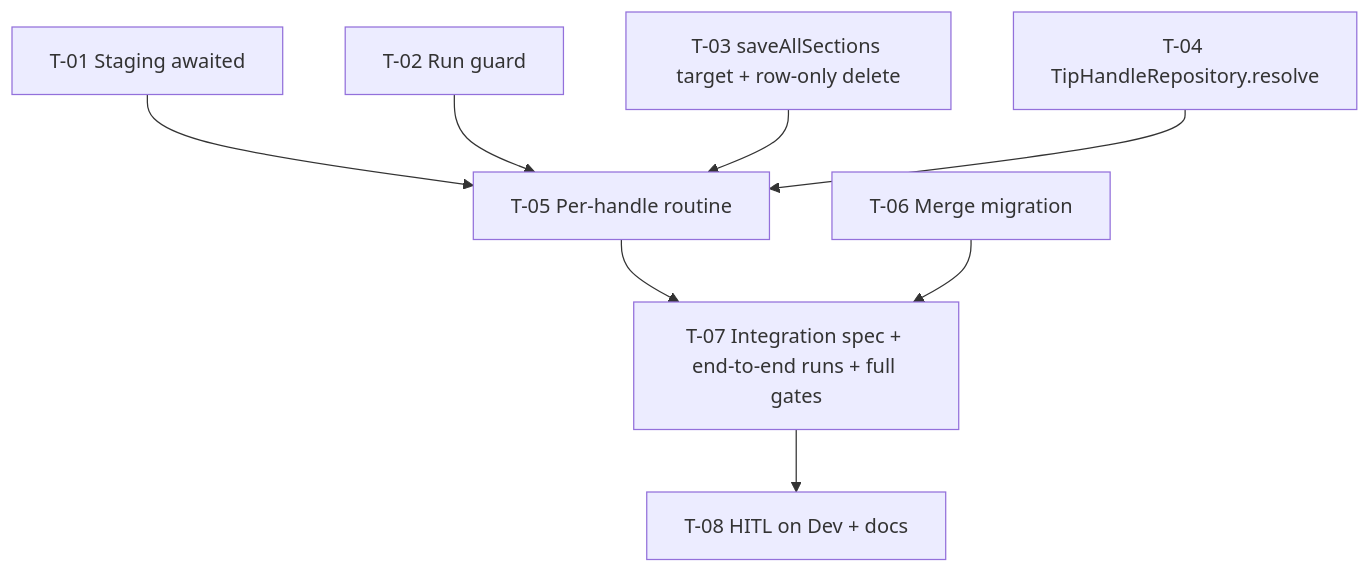
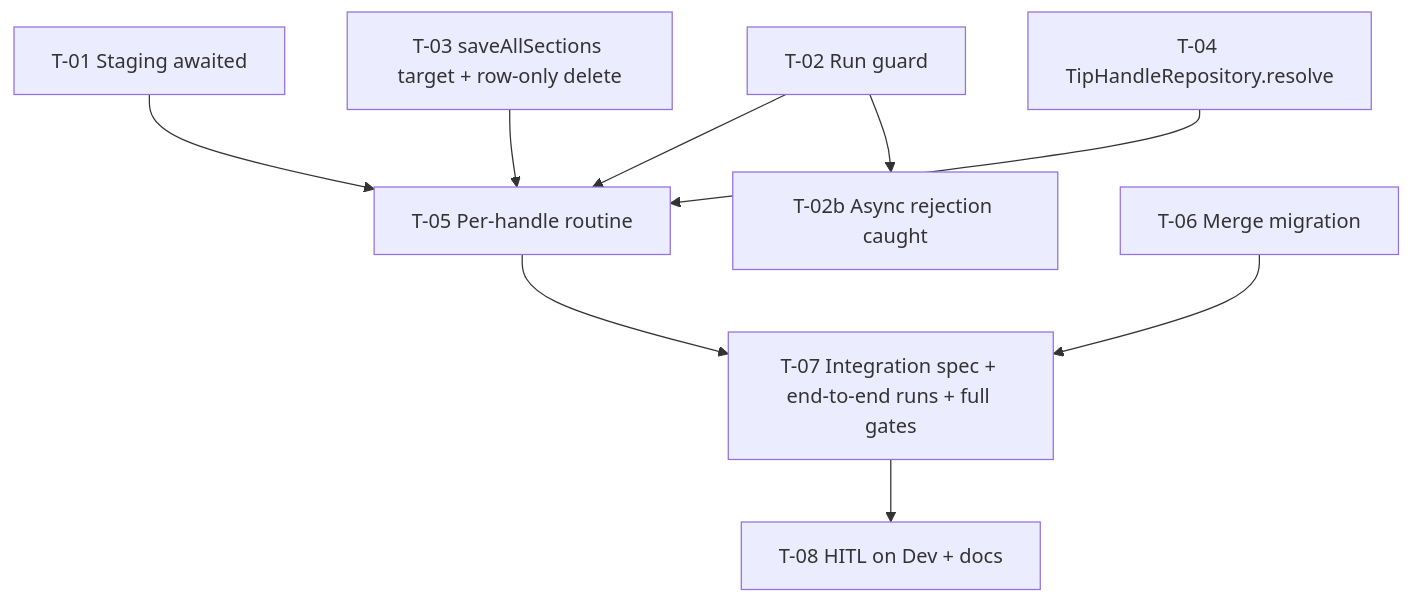
Before and after one commit to AllianceBioversityCIAT/alliance-research-indicators-main: the diagram in docs/specs/changes/tip-prms-phase-2/tip-versioning/tasks.md, drawn with Mermaid. The commit also changed other lines of this file and 3 other files, not shown here.

````diff
--- a/docs/specs/changes/tip-prms-phase-2/tip-versioning/tasks.md
+++ b/docs/specs/changes/tip-prms-phase-2/tip-versioning/tasks.md
@@ -19,10 +19,11 @@
 ```mermaid
 graph TD
   T-01[T-01 Staging awaited] --> T-05
   T-02[T-02 Run guard] --> T-05
+  T-02 --> T-02b[T-02b Async rejection caught]
   T-03[T-03 saveAllSections target + row-only delete] --> T-05
   T-04[T-04 TipHandleRepository.resolve] --> T-05[T-05 Per-handle routine]
   T-05 --> T-07[T-07 Integration spec + end-to-end runs + full gates]
   T-06[T-06 Merge migration] --> T-07
   T-07 --> T-08[T-08 HITL on Dev + docs]
 ```
````
